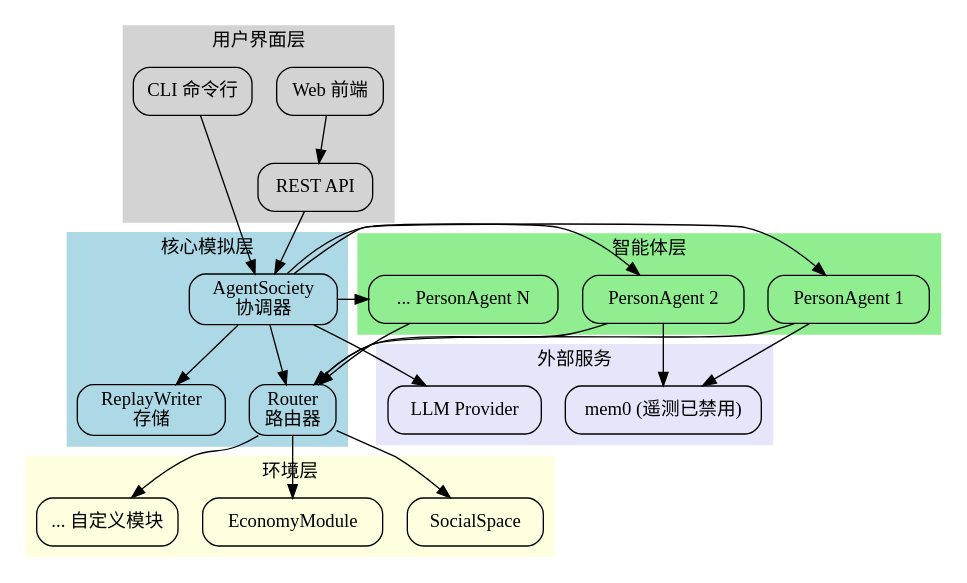
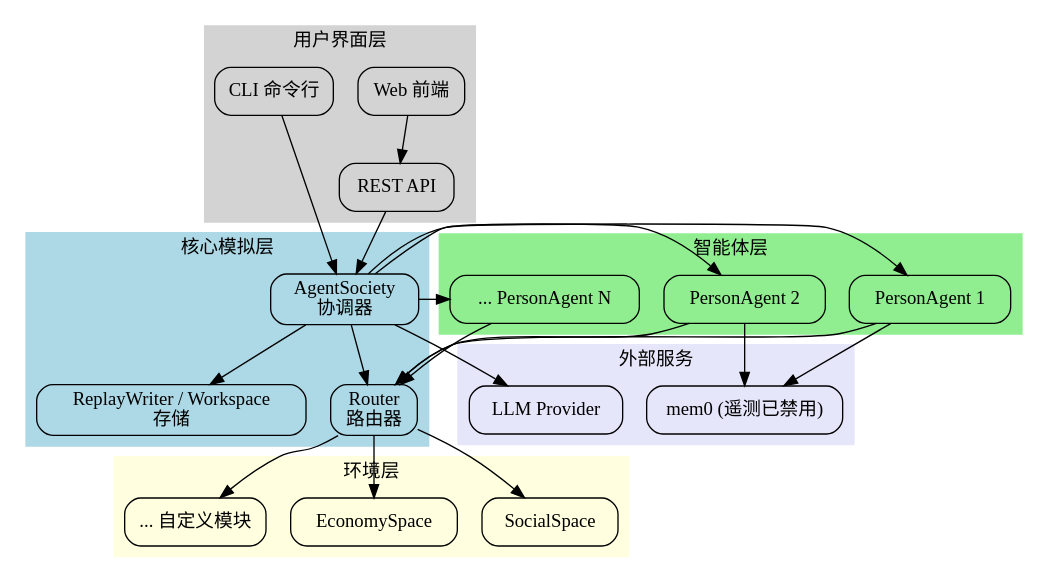
Before and after one commit to jeevesh415/AgentSociety: the second of 4 diagrams in packages/agentsociety2/docs/concepts.rst, drawn with Graphviz. The commit also changed 276 other files, not shown here.

```diff
--- a/packages/agentsociety2/docs/concepts.rst
+++ b/packages/agentsociety2/docs/concepts.rst
@@ -34,73 +34,73 @@
 .. graphviz::
 
    digraph full_architecture {
        rankdir=TB;
        node [shape=box, style=rounded];
        edge [fontsize=10];
 
        subgraph cluster_ui {
            label = "用户界面层";
            style=filled;
            color=lightgrey;
            CLI [label="CLI 命令行"];
            WebUI [label="Web 前端"];
            API [label="REST API"];
        }
 
        subgraph cluster_core {
            label = "核心模拟层";
            style=filled;
            color=lightblue;
            Society [label="AgentSociety\n协调器"];
            Router [label="Router\n路由器"];
-           Storage [label="ReplayWriter\n存储"];
+           Storage [label="ReplayWriter / Workspace\n存储"];
        }
 
        subgraph cluster_agents {
            label = "智能体层";
            style=filled;
            color=lightgreen;
            Agent1 [label="PersonAgent 1"];
            Agent2 [label="PersonAgent 2"];
            AgentN [label="... PersonAgent N"];
        }
 
        subgraph cluster_env {
            label = "环境层";
            style=filled;
            color=lightyellow;
            Env1 [label="SocialSpace"];
-           Env2 [label="EconomyModule"];
+           Env2 [label="EconomySpace"];
            EnvN [label="... 自定义模块"];
        }
 
        subgraph cluster_external {
            label = "外部服务";
            style=filled;
            color=lavender;
            LLM [label="LLM Provider"];
            Memory [label="mem0 (遥测已禁用)"];
        }
 
        CLI -> Society;
        WebUI -> API;
        API -> Society;
 
        Society -> Router;
        Society -> Storage;
        Society -> Agent1;
        Society -> Agent2;
        Society -> AgentN;
 
        Router -> Env1;
        Router -> Env2;
        Router -> EnvN;
 
        Agent1 -> Router;
        Agent2 -> Router;
        AgentN -> Router;
 
        Society -> LLM;
        Agent1 -> Memory;
        Agent2 -> Memory;
    }
```
